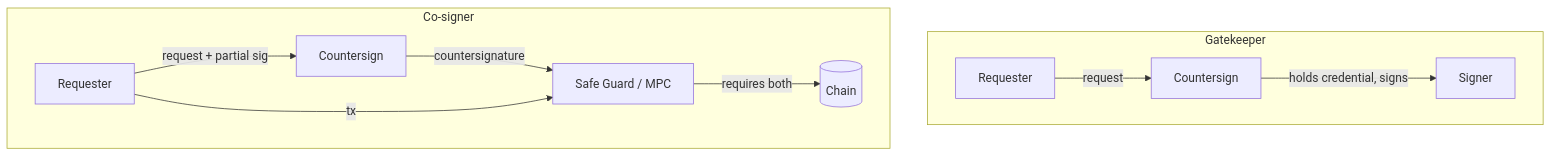
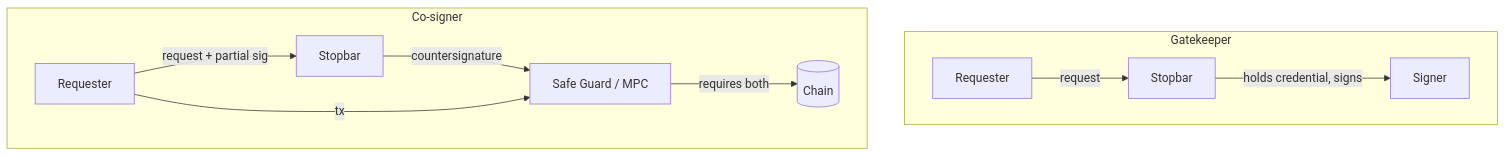
One commit to NikhilSetiya/stopbar changed the second of 4 diagrams in docs/HLD.md. Above: the diagram before and after it, drawn with Mermaid. The commit also changed other lines of this file and 20 other files, not shown here.

````diff
--- a/docs/HLD.md
+++ b/docs/HLD.md
@@ -61,13 +61,13 @@
 ```mermaid
 flowchart TB
     subgraph Gatekeeper
-        R1[Requester] -->|request| C1[Countersign]
+        R1[Requester] -->|request| C1[Stopbar]
         C1 -->|holds credential, signs| K1[Signer]
     end
     subgraph CoSigner["Co-signer"]
-        R2[Requester] -->|request + partial sig| C2[Countersign]
+        R2[Requester] -->|request + partial sig| C2[Stopbar]
         C2 -->|countersignature| K2[Safe Guard / MPC]
         R2 -->|tx| K2
         K2 -->|requires both| Chain[(Chain)]
     end
 ```
````
